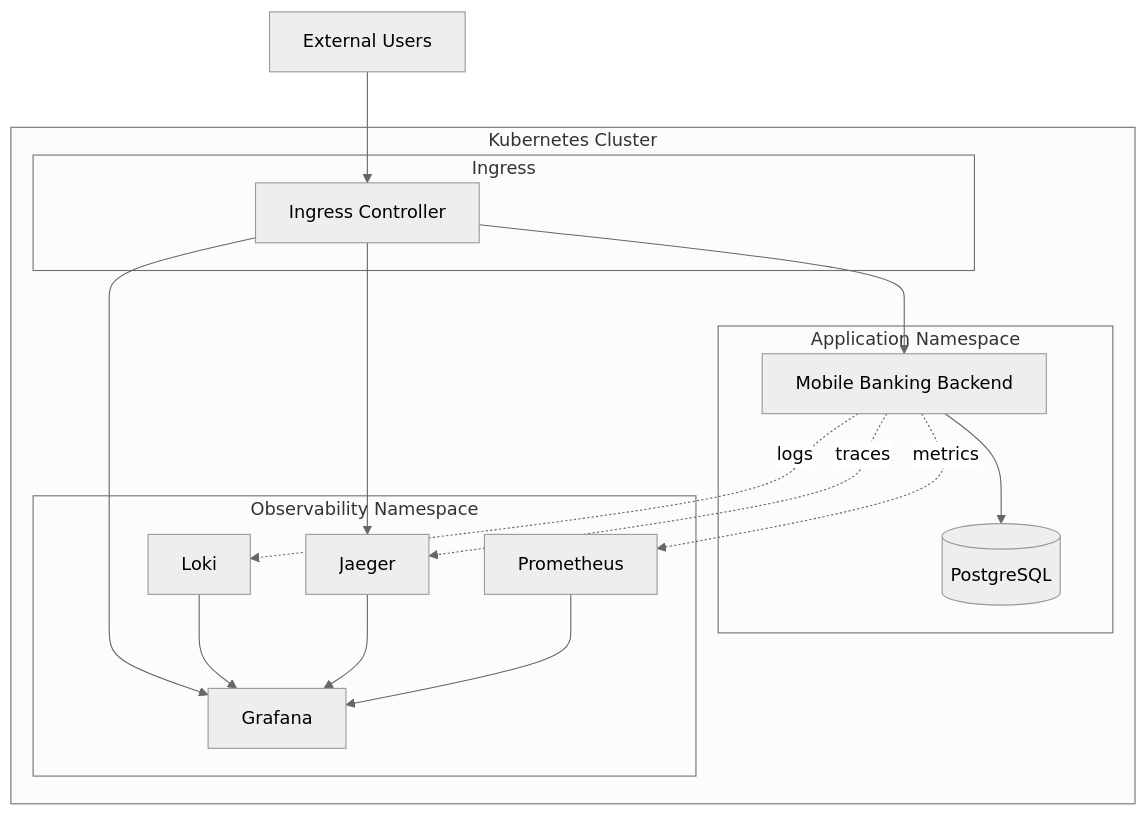
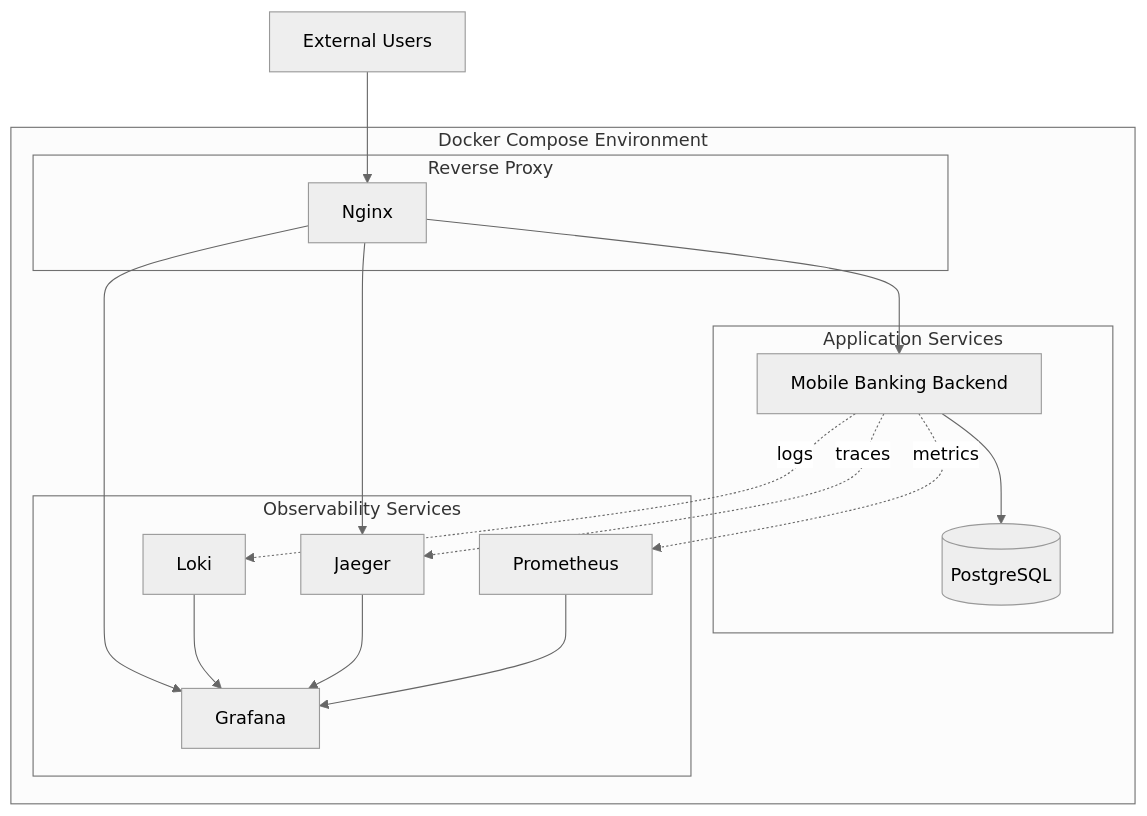
One commit to Agbobli5373/Mobile_Banking_App changed the diagram in .kiro/specs/k8s-observability-deployment/design.md. Above: the diagram before and after it, drawn with Mermaid (neutral theme). The commit also changed other lines of this file and 43 other files, not shown here.

````diff
--- a/.kiro/specs/k8s-observability-deployment/design.md
+++ b/.kiro/specs/k8s-observability-deployment/design.md
@@ -11,34 +11,34 @@
 ```mermaid
 graph TB
-    subgraph "Kubernetes Cluster"
-        subgraph "Application Namespace"
+    subgraph "Docker Compose Environment"
+        subgraph "Application Services"
             APP[Mobile Banking Backend]
             DB[(PostgreSQL)]
             APP --> DB
         end
 
-        subgraph "Observability Namespace"
+        subgraph "Observability Services"
             PROM[Prometheus]
             GRAF[Grafana]
             JAEGER[Jaeger]
             LOKI[Loki]
 
             PROM --> GRAF
             JAEGER --> GRAF
             LOKI --> GRAF
         end
 
-        subgraph "Ingress"
-            ING[Ingress Controller]
-            ING --> APP
-            ING --> GRAF
-            ING --> JAEGER
+        subgraph "Reverse Proxy"
+            NGINX[Nginx]
+            NGINX --> APP
+            NGINX --> GRAF
+            NGINX --> JAEGER
         end
 
         APP -.->|metrics| PROM
         APP -.->|traces| JAEGER
         APP -.->|logs| LOKI
     end
 
-    EXT[External Users] --> ING
+    EXT[External Users] --> NGINX
 ```
````
